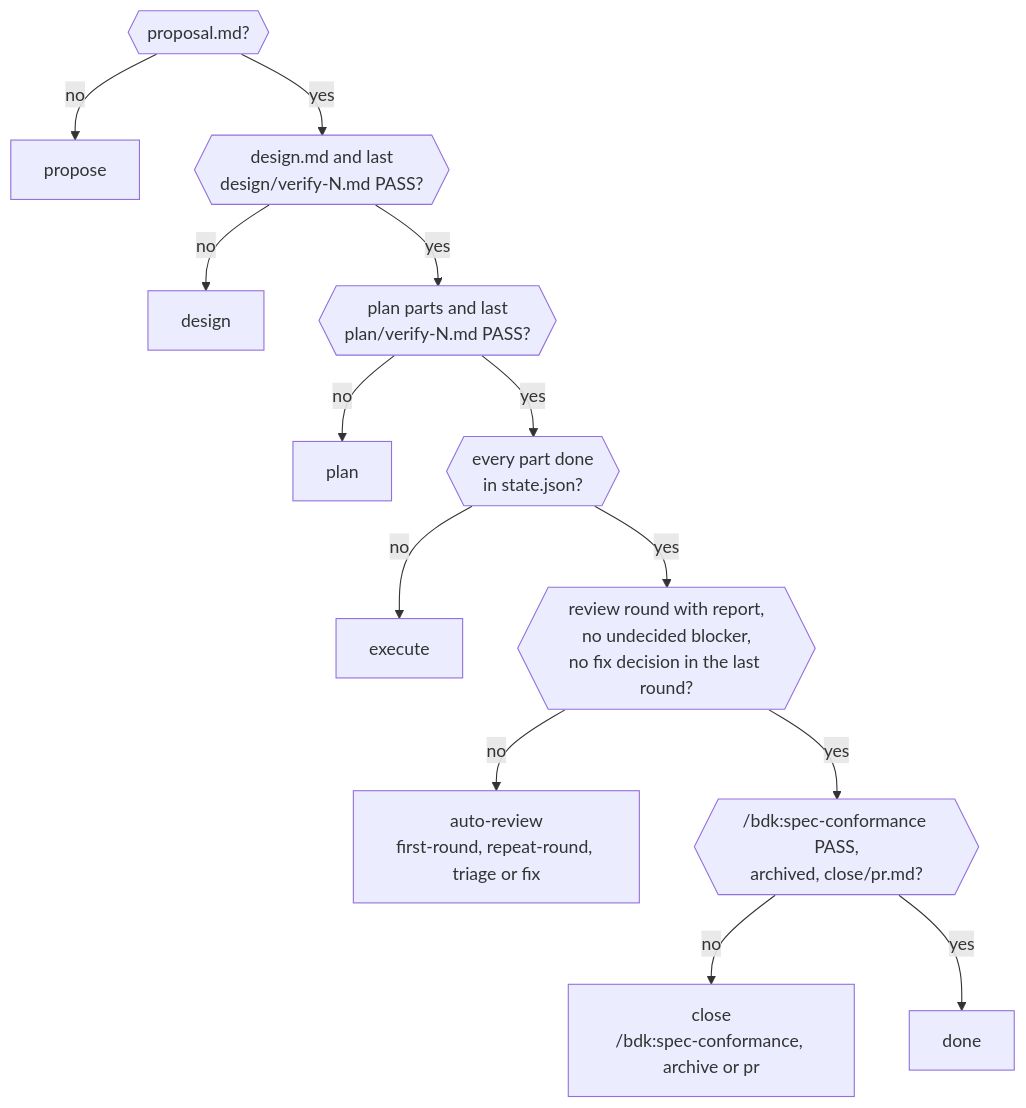
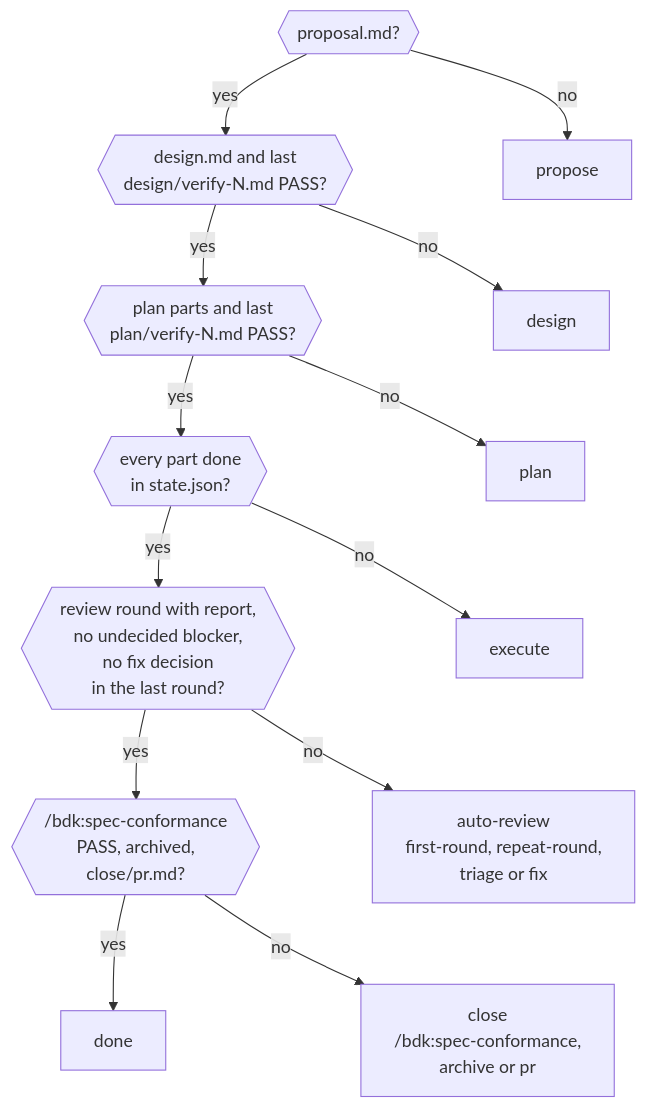
One commit to broneq/bdk changed the fifth of 5 diagrams in docs/concepts/run-state.md. Above: the diagram before and after it, drawn with Mermaid. The commit also changed other lines of this file and 20 other files, not shown here.

First line of the commit message:
fix(docs): fit every diagram into the content column

````diff
--- a/docs/concepts/run-state.md
+++ b/docs/concepts/run-state.md
@@ -189,15 +182,17 @@
 ```mermaid
 flowchart TB
-  R1{{"proposal.md?"}} -->|"no"| S1["propose"]
+  R1{{"proposal.md?"}}
   R1 -->|"yes"| R2{{"design.md and last<br/>design/verify-N.md PASS?"}}
+  R2 -->|"yes"| R3{{"plan parts and last<br/>plan/verify-N.md PASS?"}}
+  R3 -->|"yes"| R4{{"every part done<br/>in state.json?"}}
+  R4 -->|"yes"| R5{{"review round with report,<br/>no undecided blocker,<br/>no fix decision<br/>in the last round?"}}
+  R5 -->|"yes"| R6{{"/bdk:spec-conformance<br/>PASS, archived,<br/>close/pr.md?"}}
+  R6 -->|"yes"| S7["done"]
+  R1 -->|"no"| S1["propose"]
   R2 -->|"no"| S2["design"]
-  R2 -->|"yes"| R3{{"plan parts and last<br/>plan/verify-N.md PASS?"}}
   R3 -->|"no"| S3["plan"]
-  R3 -->|"yes"| R4{{"every part done<br/>in state.json?"}}
   R4 -->|"no"| S4["execute"]
-  R4 -->|"yes"| R5{{"review round with report,<br/>no undecided blocker,<br/>no fix decision in the last round?"}}
-  R5 -->|"no"| S5["auto-review<br/>first-round, repeat-round, triage or fix"]
-  R5 -->|"yes"| R6{{"/bdk:spec-conformance PASS,<br/>archived, close/pr.md?"}}
-  R6 -->|"no"| S6["close<br/>/bdk:spec-conformance, archive or pr"]
-  R6 -->|"yes"| S7["done"]
+  R5 -->|"no"| S5["auto-review<br/>first-round, repeat-round,<br/>triage or fix"]
+  R6 -->|"no"| S6["close<br/>/bdk:spec-conformance,<br/>archive or pr"]
+  S1 ~~~ S2 ~~~ S3 ~~~ S4 ~~~ S5 ~~~ S6
 ```
````
